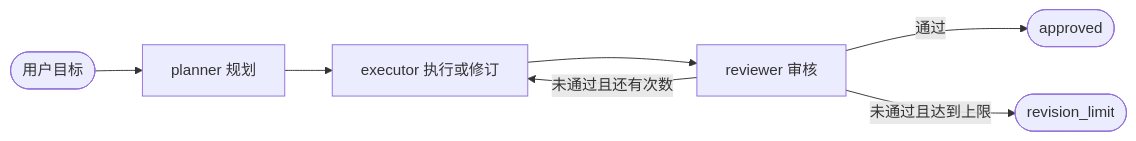
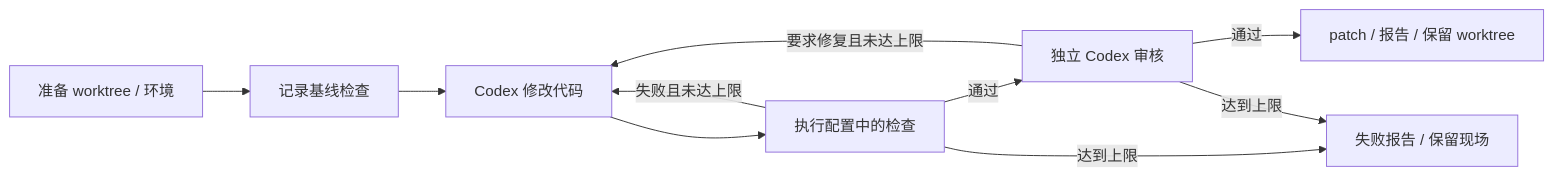
One commit to revfanc/langgraph-agents changed the diagram in README.md. Above: the diagram before and after it, drawn with Mermaid. The commit also changed other lines of this file and 5 other files, not shown here.

````diff
--- a/README.md
+++ b/README.md
@@ -5,9 +5,12 @@
 ```mermaid
 flowchart LR
-  Start([用户目标]) --> Planner[planner 规划]
-  Planner --> Executor[executor 执行或修订]
-  Executor --> Reviewer[reviewer 审核]
-  Reviewer -->|通过| Approved([approved])
-  Reviewer -->|未通过且还有次数| Executor
-  Reviewer -->|未通过且达到上限| Limit([revision_limit])
+  prepare[准备 worktree / 环境] --> baseline[记录基线检查]
+  baseline --> code[Codex 修改代码]
+  code --> verify[执行配置中的检查]
+  verify -->|通过| review[独立 Codex 审核]
+  verify -->|失败且未达上限| code
+  review -->|要求修复且未达上限| code
+  review -->|通过| finish[patch / 报告 / 保留 worktree]
+  verify -->|达到上限| failed[失败报告 / 保留现场]
+  review -->|达到上限| failed
 ```
````
